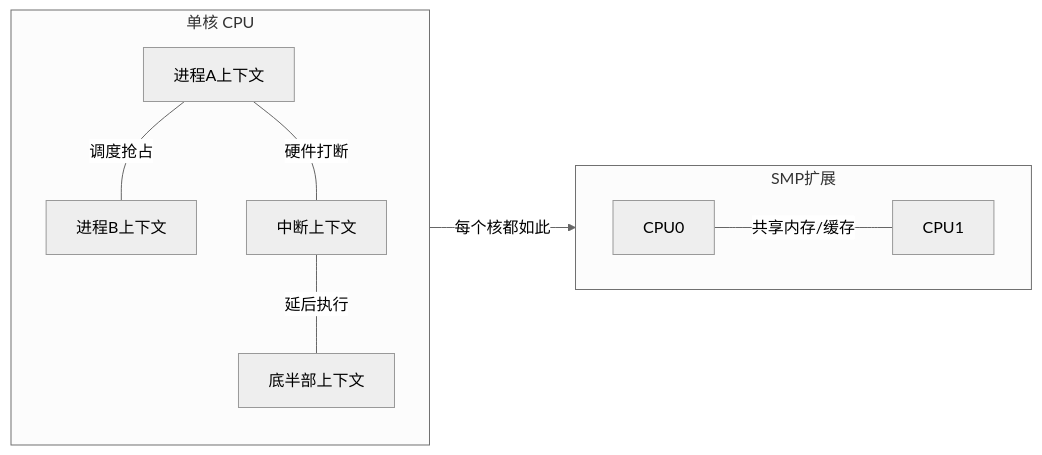
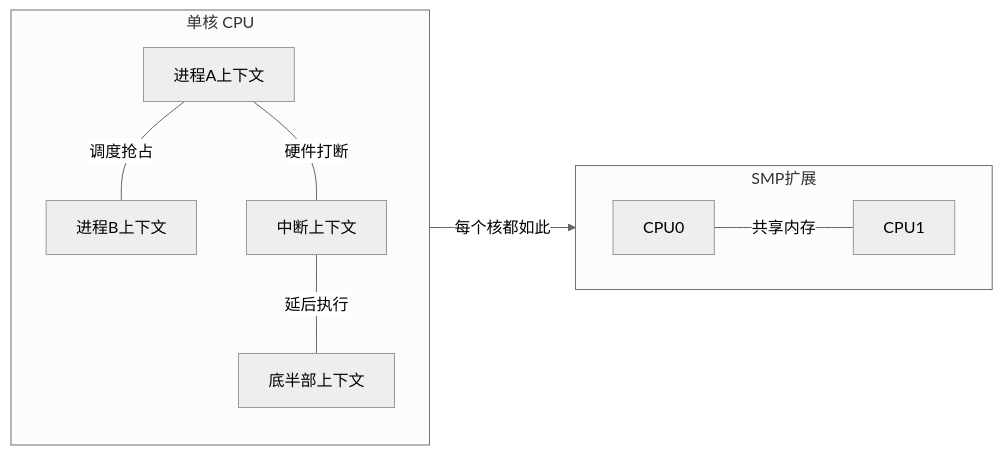
Before and after one commit to xiaohong0925/Embedded_Knowledge_System_V2026: the second of 2 diagrams in docs/02-核心机制深度解析/第13章 并发与同步/13.1.2_并发来源的四分类.md, drawn with Mermaid (neutral theme). The commit also changed other lines of this file and 43 other files, not shown here.

````diff
--- a/docs/02-核心机制深度解析/第13章 并发与同步/13.1.2_并发来源的四分类.md
+++ b/docs/02-核心机制深度解析/第13章 并发与同步/13.1.2_并发来源的四分类.md
@@ -179,16 +171,16 @@
 ```mermaid
 flowchart LR
     subgraph 单核["单核 CPU"]
         direction TB
         T1[进程A上下文] ---|"调度抢占"| T2[进程B上下文]
         T1 ---|"硬件打断"| T3[中断上下文]
         T3 ---|"延后执行"| T4[底半部上下文]
     end
-    
+
     subgraph 多核["SMP扩展"]
         direction LR
-        C1[CPU0] ---|"共享内存/缓存"| C2[CPU1]
+        C1[CPU0] ---|"共享内存"| C2[CPU1]
     end
-    
+
     单核 -->|"每个核都如此"| 多核
 ```
````
